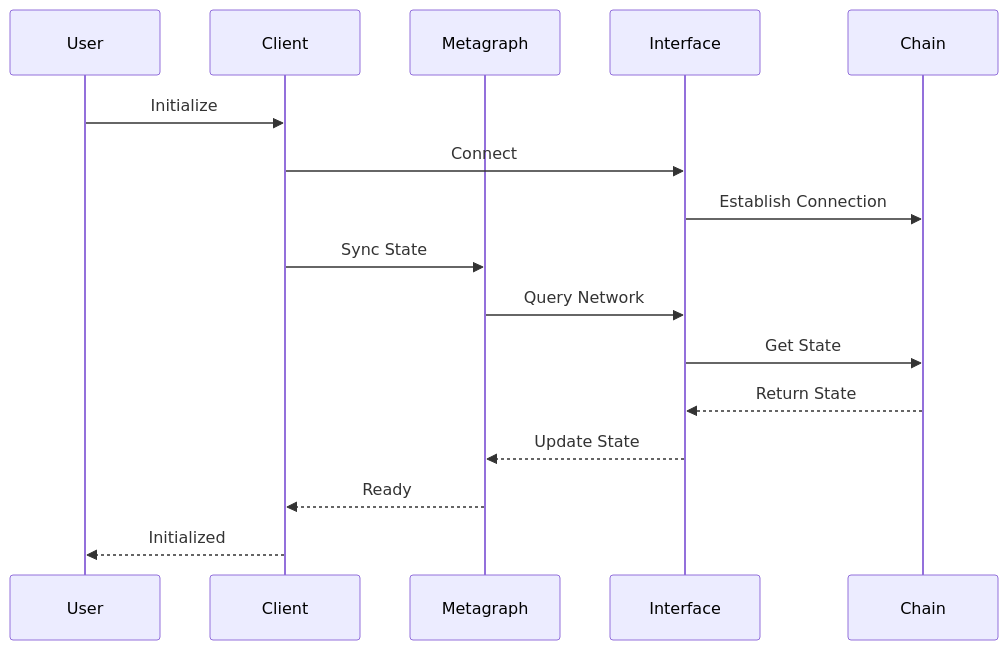
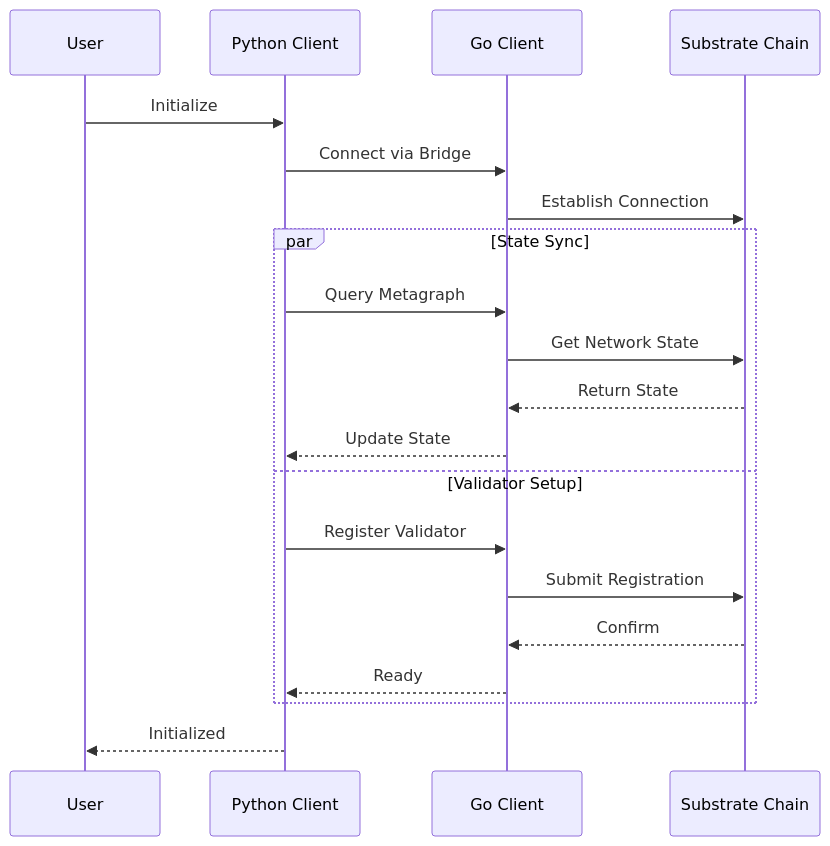
Before and after one commit to Nickel5-Inc/mycelium: the fourth of 4 diagrams in ARCHITECTURE.md, drawn with Mermaid. The commit also changed other lines of this file, not shown here.

Commit message:
diagram updates

````diff
--- a/ARCHITECTURE.md
+++ b/ARCHITECTURE.md
@@ -128,19 +144,25 @@
 ```mermaid
 sequenceDiagram
     participant User
-    participant Client
-    participant Metagraph
-    participant Interface
-    participant Chain
-
-    User->>Client: Initialize
-    Client->>Interface: Connect
-    Interface->>Chain: Establish Connection
-    Client->>Metagraph: Sync State
-    Metagraph->>Interface: Query Network
-    Interface->>Chain: Get State
-    Chain-->>Interface: Return State
-    Interface-->>Metagraph: Update State
-    Metagraph-->>Client: Ready
-    Client-->>User: Initialized
+    participant PyClient as Python Client
+    participant GoClient as Go Client
+    participant Chain as Substrate Chain
+    
+    User->>PyClient: Initialize
+    PyClient->>GoClient: Connect via Bridge
+    GoClient->>Chain: Establish Connection
+    
+    par State Sync
+        PyClient->>GoClient: Query Metagraph
+        GoClient->>Chain: Get Network State
+        Chain-->>GoClient: Return State
+        GoClient-->>PyClient: Update State
+    and Validator Setup
+        PyClient->>GoClient: Register Validator
+        GoClient->>Chain: Submit Registration
+        Chain-->>GoClient: Confirm
+        GoClient-->>PyClient: Ready
+    end
+    
+    PyClient-->>User: Initialized
 ```
````
